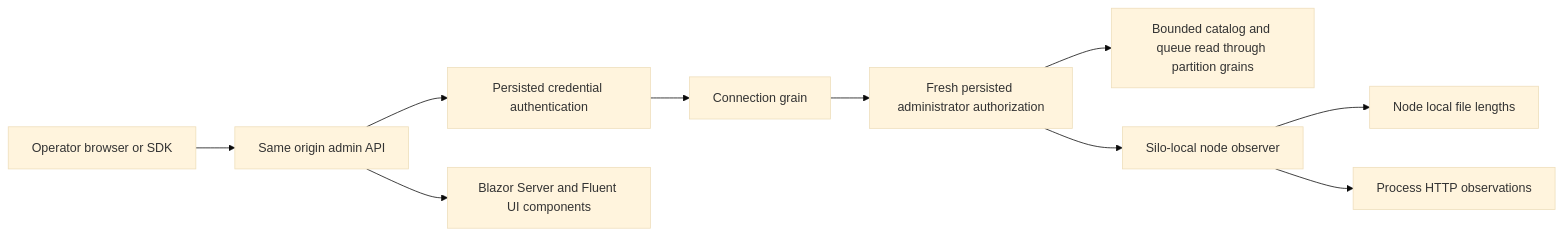
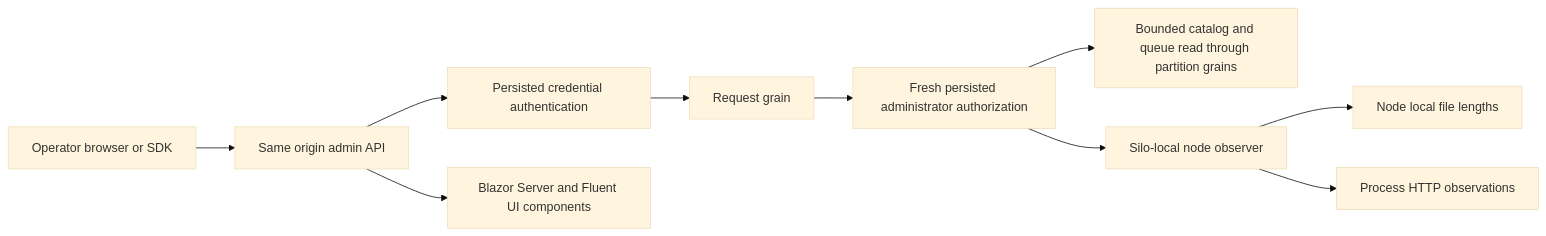
Before and after one commit to managedcode/KeyLoad: the diagram in docs/Features/AdminDashboard.md, drawn with Mermaid (base theme). The commit also changed other lines of this file and 27 other files, not shown here.

````diff
--- a/docs/Features/AdminDashboard.md
+++ b/docs/Features/AdminDashboard.md
@@ -23,12 +23,12 @@
 ```mermaid
 flowchart LR
     Operator[Operator browser or SDK] --> API[Same origin admin API]
     API --> Auth[Persisted credential authentication]
-    Auth --> Conn[Connection grain]
+    Auth --> Conn[Request grain]
     Conn --> Authority[Fresh persisted administrator authorization]
     Authority --> Catalog[Bounded catalog and queue read through partition grains]
     Authority --> Node[Silo-local node observer]
     Node --> Files[Node local file lengths]
     Node --> Counters[Process HTTP observations]
     API --> Console[Blazor Server and Fluent UI components]
 ```
````
